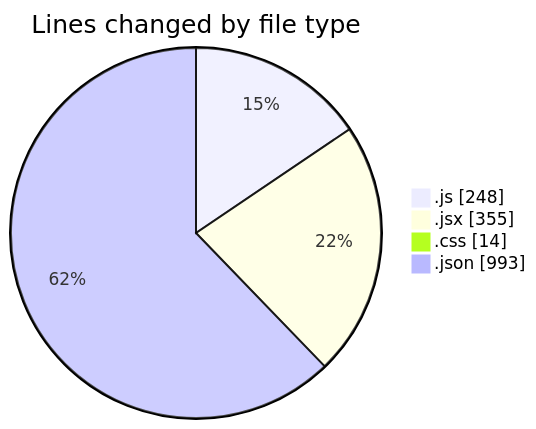
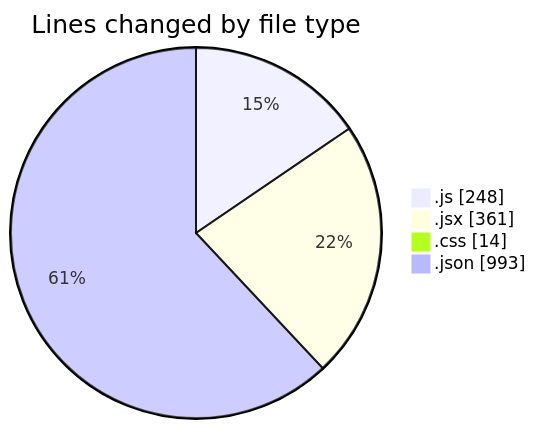
One commit to Ritupan-Deka/code-tracking changed the first of 2 diagrams in 2025-07-01/urlwebwalatask/README.md. Above: the diagram before and after it, drawn with Mermaid. The commit also changed other lines of this file and 1 other file, not shown here.

````diff
--- a/2025-07-01/urlwebwalatask/README.md
+++ b/2025-07-01/urlwebwalatask/README.md
@@ -29,8 +29,8 @@
 ```mermaid
 pie showData
 title Lines changed by file type
 ".js" : 248
-".jsx" : 355
+".jsx" : 361
 ".css" : 14
 ".json" : 993
 ```
````
